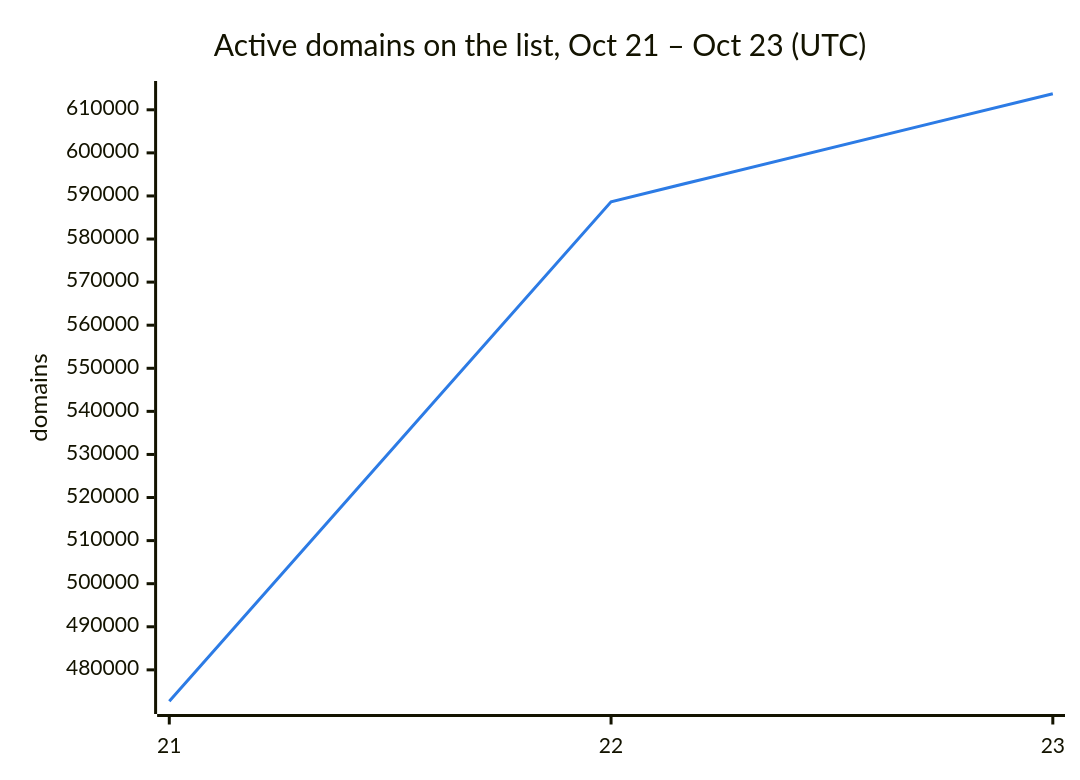
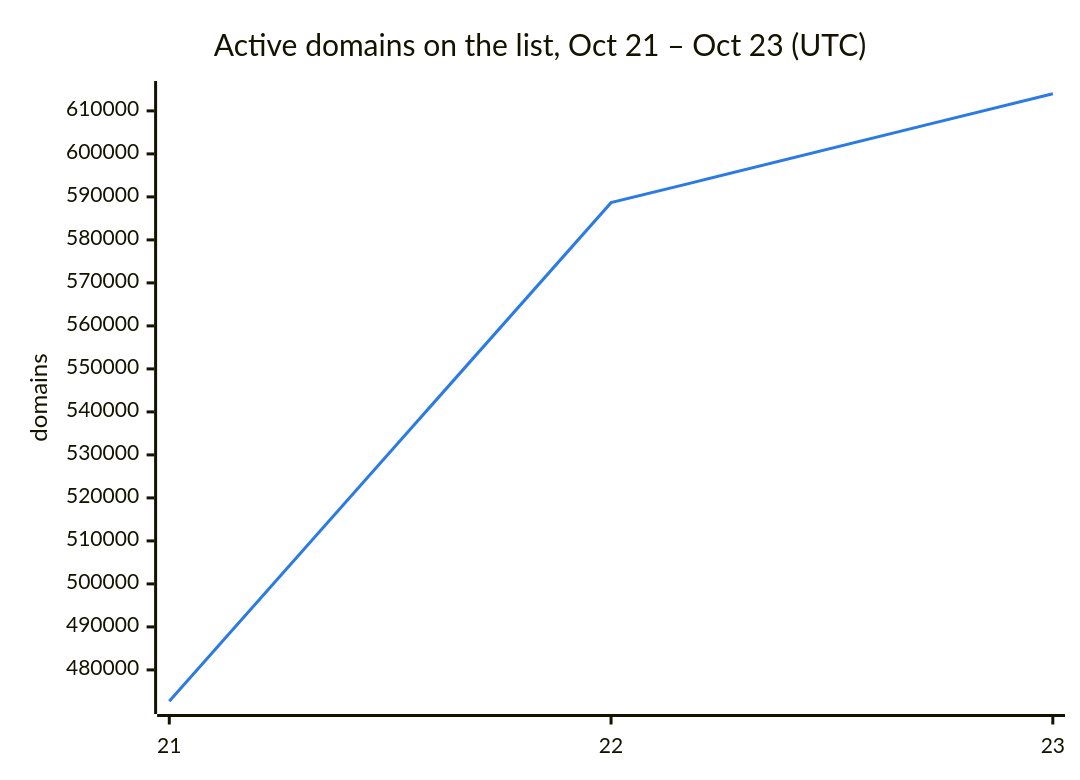
Before and after one commit to DNSBunker/CTI: the second of 3 diagrams in README.md, drawn with Mermaid. The commit also changed other lines of this file and 3 other files, not shown here.

````diff
--- a/README.md
+++ b/README.md
@@ -38,8 +38,8 @@
 ```mermaid
 %%{init: {"themeVariables": {"xyChart": {"plotColorPalette": "#2c7be5"}}}}%%
 xychart-beta
     title "Active domains on the list, Oct 21 – Oct 23 (UTC)"
     x-axis ["21", "22", "23"]
     y-axis "domains"
-    line [472713, 588659, 613723]
+    line [472713, 588659, 613985]
 ```
````
